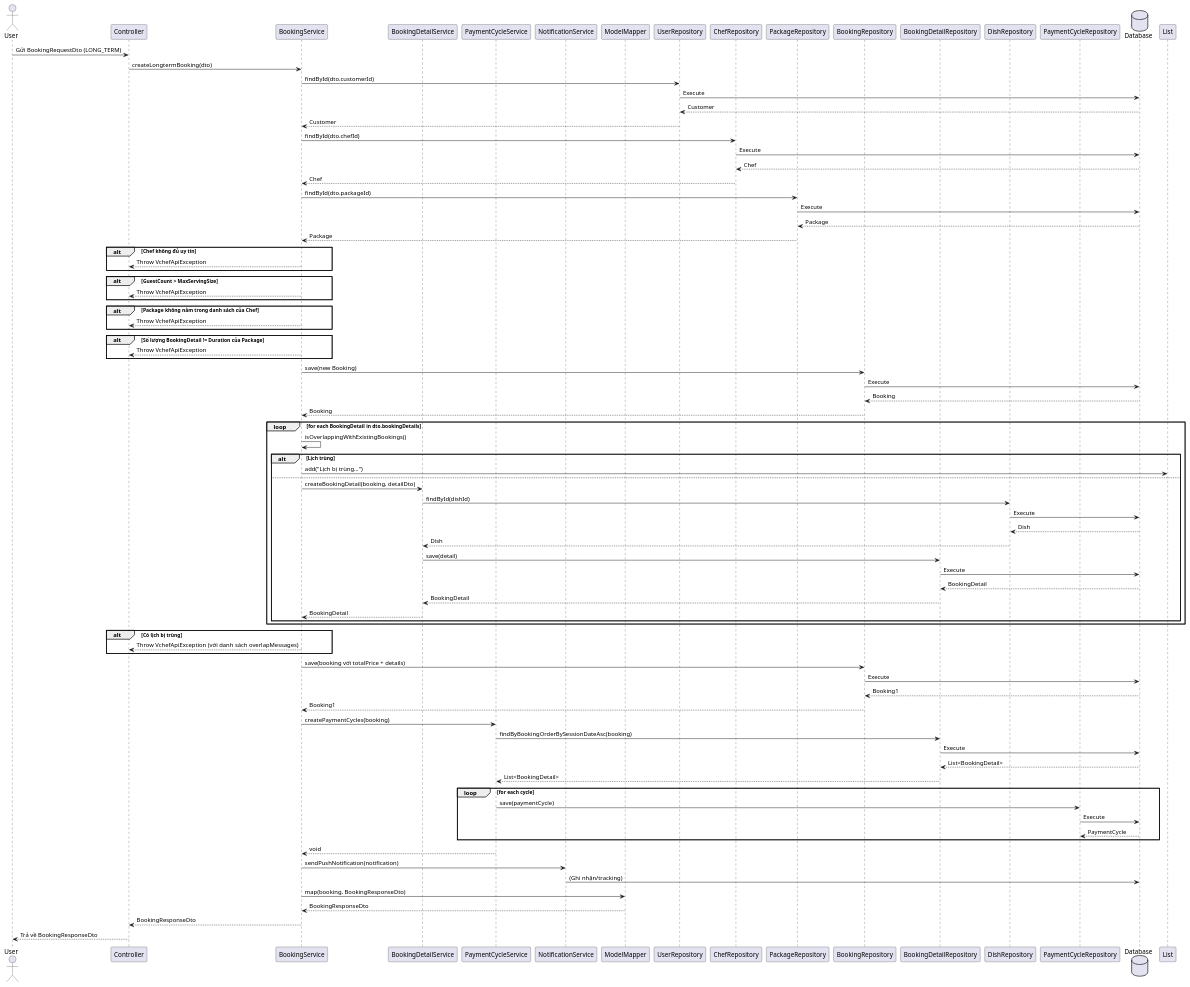
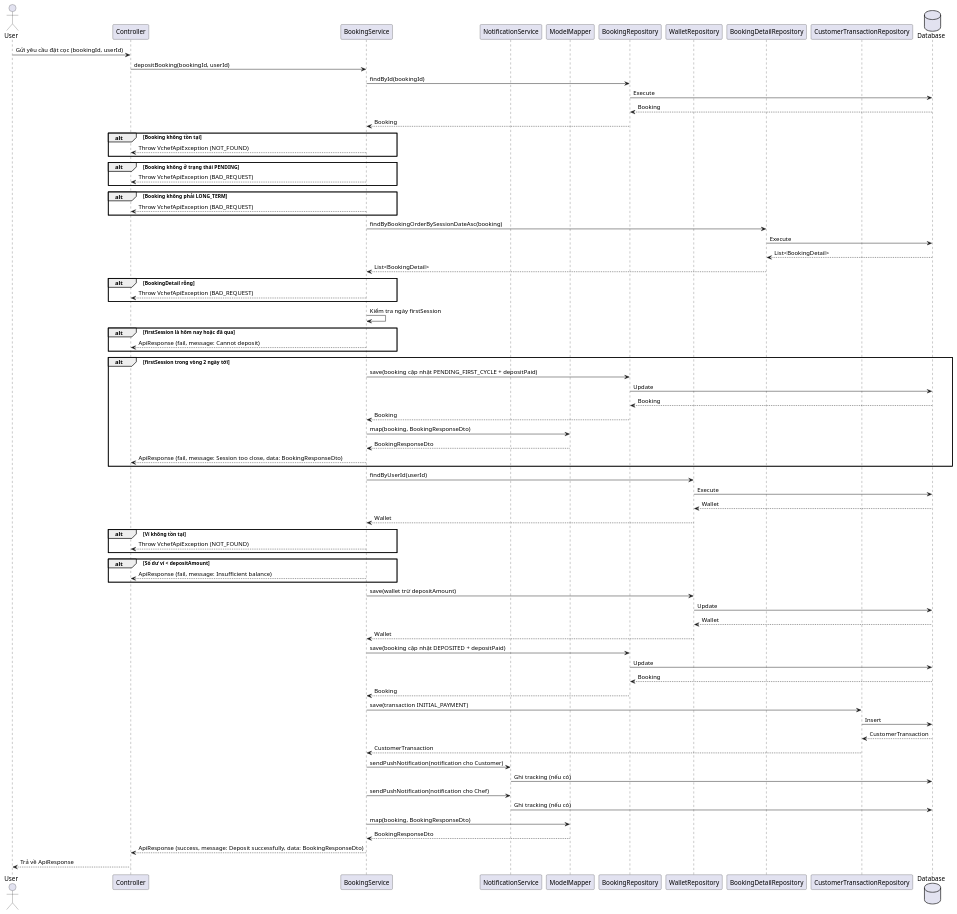
One commit to phongkhongxai/vietchef changed the diagram in diagram.puml. Above: the diagram before and after it, drawn with PlantUML.

Commit message:
commit to pull

```diff
--- a/diagram.puml
+++ b/diagram.puml
@@ -1,111 +1,100 @@
 @startuml
 actor User
 participant Controller
 participant BookingService
-participant BookingDetailService
-participant PaymentCycleService
 participant NotificationService
 participant ModelMapper
 
-participant UserRepository
-participant ChefRepository
-participant PackageRepository
 participant BookingRepository
+participant WalletRepository
 participant BookingDetailRepository
-participant DishRepository
-participant PaymentCycleRepository
+participant CustomerTransactionRepository
 
 database Database
 
-User -> Controller : Gửi BookingRequestDto (LONG_TERM)
-Controller -> BookingService : createLongtermBooking(dto)
+User -> Controller : Gửi yêu cầu đặt cọc (bookingId, userId)
+Controller -> BookingService : depositBooking(bookingId, userId)
 
-BookingService -> UserRepository : findById(dto.customerId)
-UserRepository -> Database : Execute
-Database --> UserRepository : Customer
-UserRepository --> BookingService : Customer
-
-BookingService -> ChefRepository : findById(dto.chefId)
-ChefRepository -> Database : Execute
-Database --> ChefRepository : Chef
-ChefRepository --> BookingService : Chef
-
-BookingService -> PackageRepository : findById(dto.packageId)
-PackageRepository -> Database : Execute
-Database --> PackageRepository : Package
-PackageRepository --> BookingService : Package
-
-alt Chef không đủ uy tín
-    BookingService --> Controller : Throw VchefApiException
-end
-
-alt GuestCount > MaxServingSize
-    BookingService --> Controller : Throw VchefApiException
-end
-
-alt Package không nằm trong danh sách của Chef
-    BookingService --> Controller : Throw VchefApiException
-end
-
-alt Số lượng BookingDetail != Duration của Package
-    BookingService --> Controller : Throw VchefApiException
-end
-
-BookingService -> BookingRepository : save(new Booking)
+BookingService -> BookingRepository : findById(bookingId)
 BookingRepository -> Database : Execute
 Database --> BookingRepository : Booking
 BookingRepository --> BookingService : Booking
 
-loop for each BookingDetail in dto.bookingDetails
-    BookingService -> BookingService : isOverlappingWithExistingBookings()
-    alt Lịch trùng
-        BookingService -> List : add("Lịch bị trùng...")
-    else
-        BookingService -> BookingDetailService : createBookingDetail(booking, detailDto)
-
-        BookingDetailService -> DishRepository : findById(dishId)
-        DishRepository -> Database : Execute
-        Database --> DishRepository : Dish
-        DishRepository --> BookingDetailService : Dish
-
-        BookingDetailService -> BookingDetailRepository : save(detail)
-        BookingDetailRepository -> Database : Execute
-        Database --> BookingDetailRepository : BookingDetail
-        BookingDetailRepository --> BookingDetailService : BookingDetail
-        BookingDetailService --> BookingService : BookingDetail
-    end
+alt Booking không tồn tại
+    BookingService --> Controller : Throw VchefApiException (NOT_FOUND)
 end
 
-alt Có lịch bị trùng
-    BookingService --> Controller : Throw VchefApiException (với danh sách overlapMessages)
+alt Booking không ở trạng thái PENDING
+    BookingService --> Controller : Throw VchefApiException (BAD_REQUEST)
 end
 
-BookingService -> BookingRepository : save(booking với totalPrice + details)
-BookingRepository -> Database : Execute
-Database --> BookingRepository : Booking1
-BookingRepository --> BookingService : Booking1
+alt Booking không phải LONG_TERM
+    BookingService --> Controller : Throw VchefApiException (BAD_REQUEST)
+end
 
-BookingService -> PaymentCycleService : createPaymentCycles(booking)
-
-PaymentCycleService -> BookingDetailRepository : findByBookingOrderBySessionDateAsc(booking)
+BookingService -> BookingDetailRepository : findByBookingOrderBySessionDateAsc(booking)
 BookingDetailRepository -> Database : Execute
 Database --> BookingDetailRepository : List<BookingDetail>
-BookingDetailRepository --> PaymentCycleService : List<BookingDetail>
+BookingDetailRepository --> BookingService : List<BookingDetail>
 
-loop for each cycle
-    PaymentCycleService -> PaymentCycleRepository : save(paymentCycle)
-    PaymentCycleRepository -> Database : Execute
-    Database --> PaymentCycleRepository : PaymentCycle
+alt BookingDetail rỗng
+    BookingService --> Controller : Throw VchefApiException (BAD_REQUEST)
 end
 
-PaymentCycleService --> BookingService : void
+BookingService -> BookingService : Kiểm tra ngày firstSession
+alt firstSession là hôm nay hoặc đã qua
+    BookingService --> Controller : ApiResponse (fail, message: Cannot deposit)
+end
 
-BookingService -> NotificationService : sendPushNotification(notification)
-NotificationService -> Database : (Ghi nhận/tracking)
+alt firstSession trong vòng 2 ngày tới
+    BookingService -> BookingRepository : save(booking cập nhật PENDING_FIRST_CYCLE + depositPaid)
+    BookingRepository -> Database : Update
+    Database --> BookingRepository : Booking
+    BookingRepository --> BookingService : Booking
+
+    BookingService -> ModelMapper : map(booking, BookingResponseDto)
+    ModelMapper --> BookingService : BookingResponseDto
+
+    BookingService --> Controller : ApiResponse (fail, message: Session too close, data: BookingResponseDto)
+end
+
+BookingService -> WalletRepository : findByUserId(userId)
+WalletRepository -> Database : Execute
+Database --> WalletRepository : Wallet
+WalletRepository --> BookingService : Wallet
+
+alt Ví không tồn tại
+    BookingService --> Controller : Throw VchefApiException (NOT_FOUND)
+end
+
+alt Số dư ví < depositAmount
+    BookingService --> Controller : ApiResponse (fail, message: Insufficient balance)
+end
+
+BookingService -> WalletRepository : save(wallet trừ depositAmount)
+WalletRepository -> Database : Update
+Database --> WalletRepository : Wallet
+WalletRepository --> BookingService : Wallet
+
+BookingService -> BookingRepository : save(booking cập nhật DEPOSITED + depositPaid)
+BookingRepository -> Database : Update
+Database --> BookingRepository : Booking
+BookingRepository --> BookingService : Booking
+
+BookingService -> CustomerTransactionRepository : save(transaction INITIAL_PAYMENT)
+CustomerTransactionRepository -> Database : Insert
+Database --> CustomerTransactionRepository : CustomerTransaction
+CustomerTransactionRepository --> BookingService : CustomerTransaction
+
+BookingService -> NotificationService : sendPushNotification(notification cho Customer)
+NotificationService -> Database : Ghi tracking (nếu có)
+
+BookingService -> NotificationService : sendPushNotification(notification cho Chef)
+NotificationService -> Database : Ghi tracking (nếu có)
 
 BookingService -> ModelMapper : map(booking, BookingResponseDto)
 ModelMapper --> BookingService : BookingResponseDto
 
-BookingService --> Controller : BookingResponseDto
-Controller --> User : Trả về BookingResponseDto
+BookingService --> Controller : ApiResponse (success, message: Deposit successfully, data: BookingResponseDto)
+Controller --> User : Trả về ApiResponse
 @enduml
```
